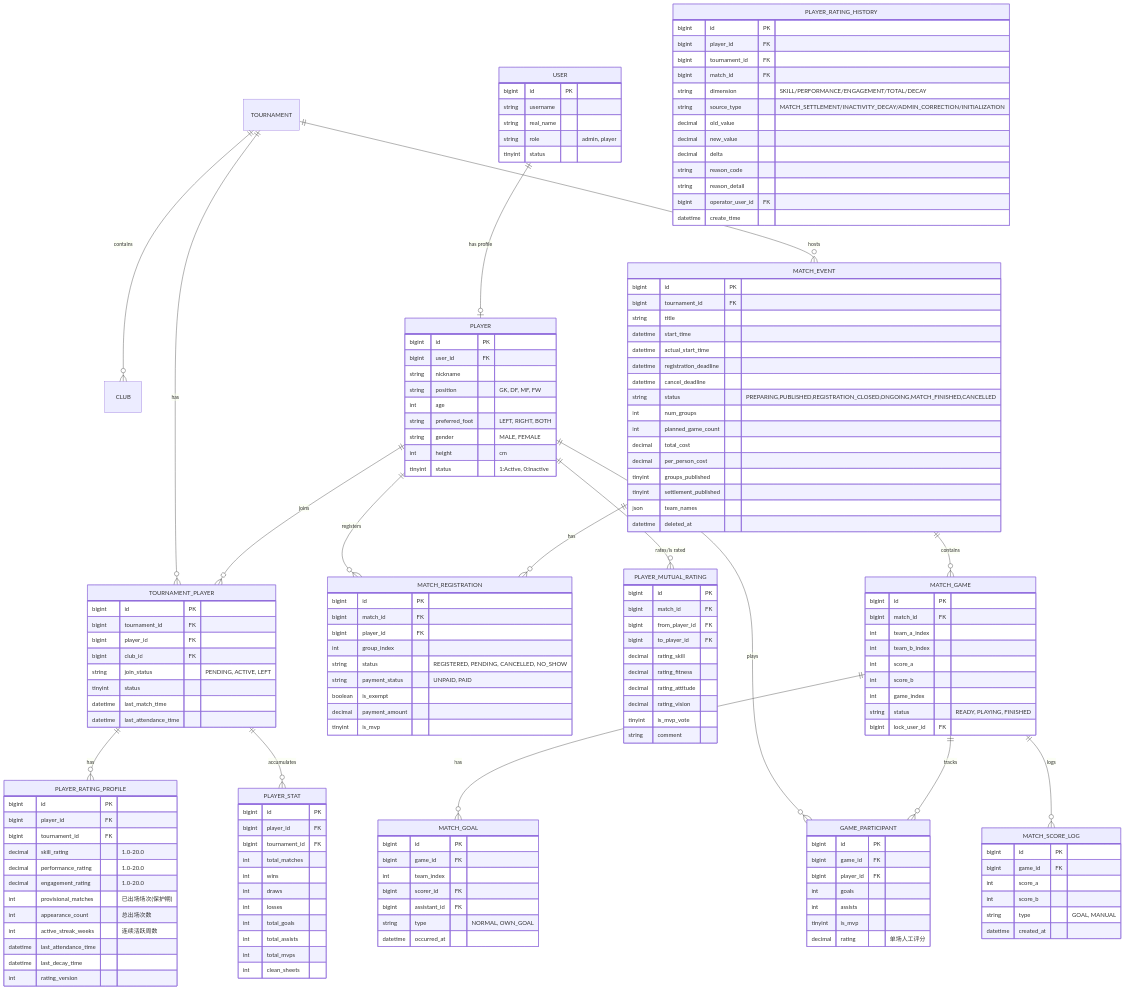
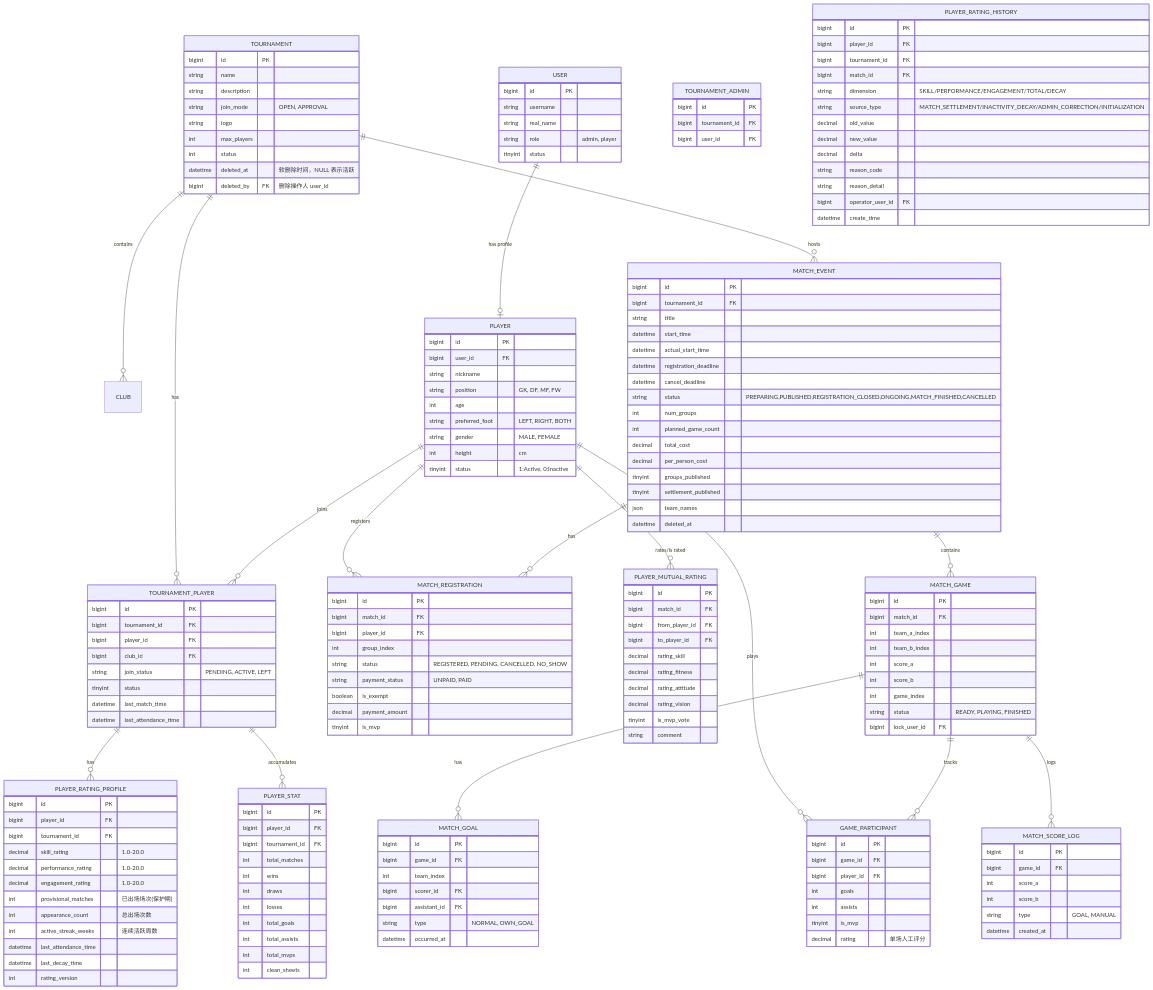
Before and after one commit to liveForExperience/pitch-master: the diagram in docs/DATA_MODEL.md, drawn with Mermaid. The commit also changed other lines of this file and 25 other files, not shown here.

```diff
--- a/docs/DATA_MODEL.md
+++ b/docs/DATA_MODEL.md
@@ -61,6 +61,24 @@
 
     TOURNAMENT_PLAYER ||--o{ PLAYER_RATING_PROFILE : "has"
     TOURNAMENT_PLAYER ||--o{ PLAYER_STAT : "accumulates"
+
+    TOURNAMENT {
+        bigint id PK
+        string name
+        string description
+        string join_mode "OPEN, APPROVAL"
+        string logo
+        int max_players
+        int status
+        datetime deleted_at "软删除时间，NULL 表示活跃"
+        bigint deleted_by FK "删除操作人 user_id"
+    }
+
+    TOURNAMENT_ADMIN {
+        bigint id PK
+        bigint tournament_id FK
+        bigint user_id FK
+    }
 
     USER {
         bigint id PK
```
